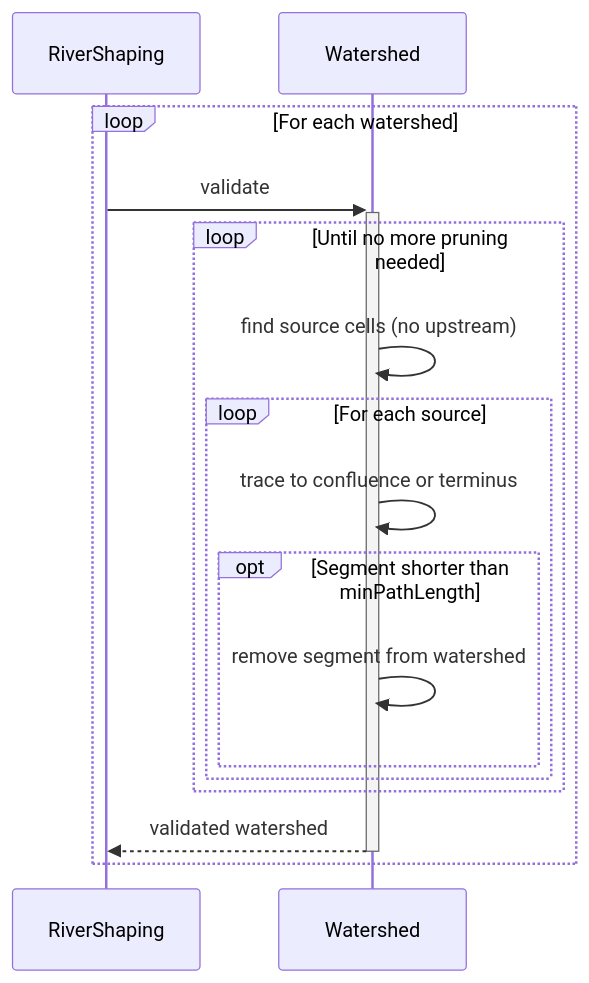
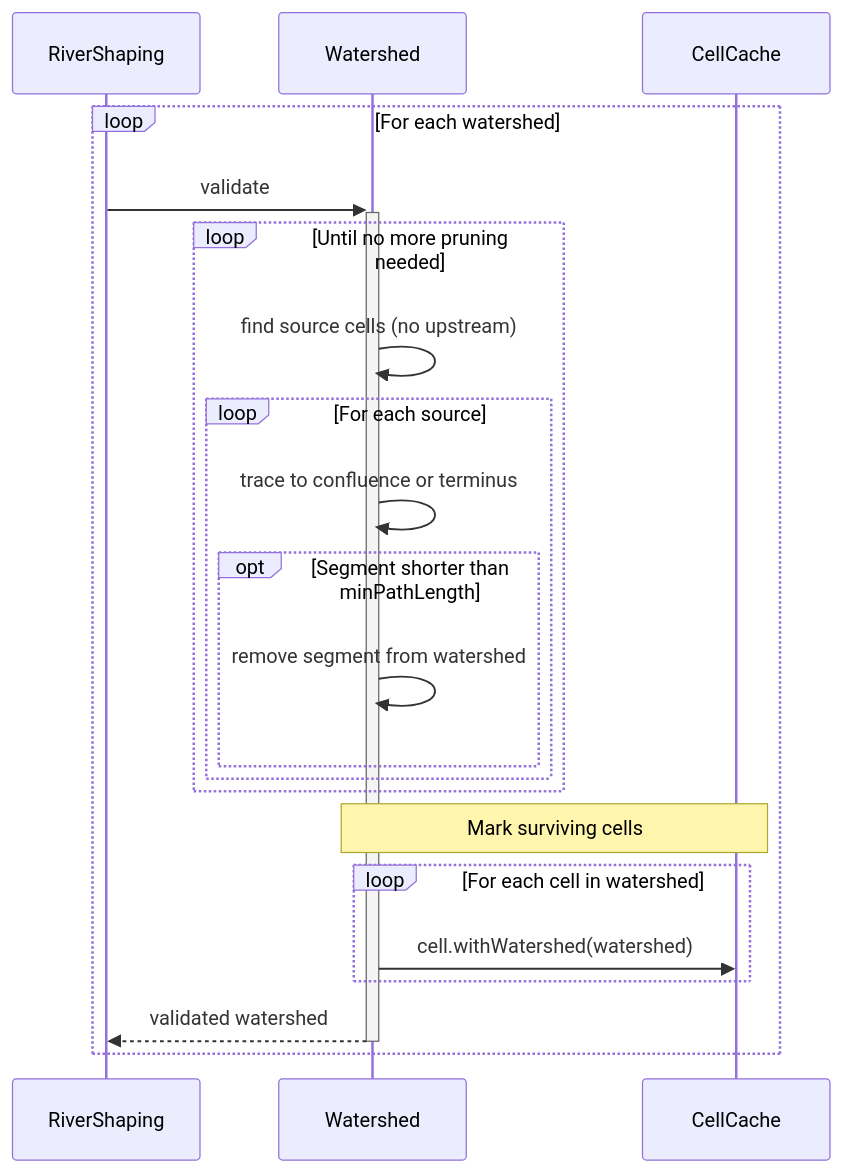
The first of 2 diagrams in docs/features/rivers/Watershed Validation.md (SoSly/RiverTale), drawn with Mermaid before and after one commit. The commit also changed other lines of this file and 9 other files, not shown here.

````diff
--- a/docs/features/rivers/Watershed Validation.md
+++ b/docs/features/rivers/Watershed Validation.md
@@ -29,22 +30,28 @@
 ```mermaid
 sequenceDiagram
     participant RiverShaping
     participant Watershed
+    participant CellCache
 
     loop For each watershed
         RiverShaping ->>+ Watershed: validate
 
         loop Until no more pruning needed
             Watershed ->> Watershed: find source cells (no upstream)
 
             loop For each source
                 Watershed ->> Watershed: trace to confluence or terminus
                 opt Segment shorter than minPathLength
                     Watershed ->> Watershed: remove segment from watershed
                 end
             end
         end
 
+        Note over Watershed,CellCache: Mark surviving cells
+        loop For each cell in watershed
+            Watershed ->> CellCache: cell.withWatershed(watershed)
+        end
+
         Watershed -->>- RiverShaping: validated watershed
     end
 ```
````
